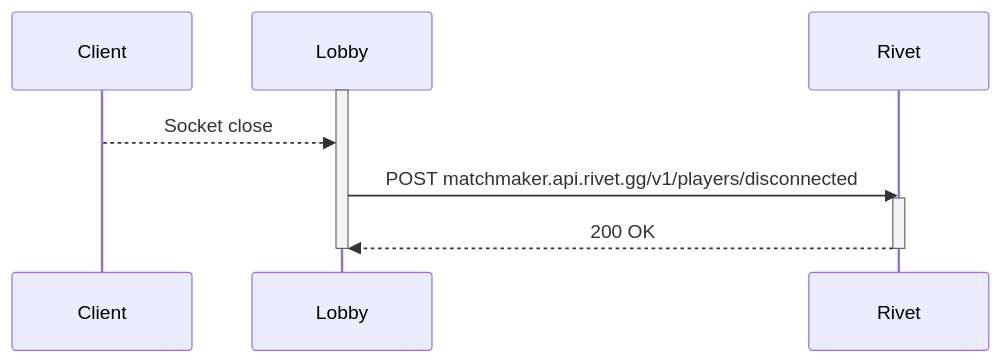
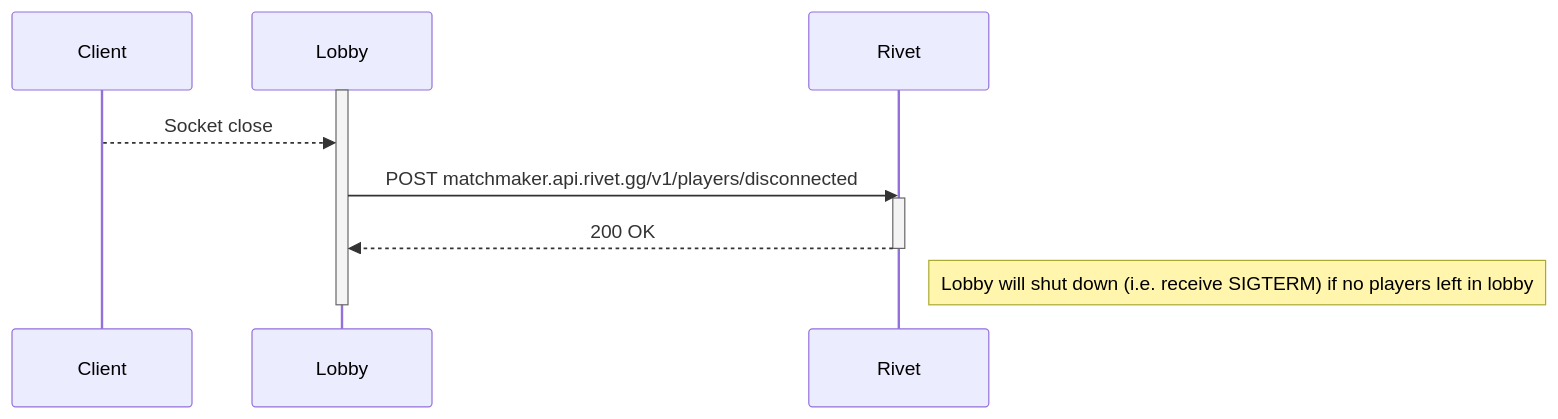
The second of 2 diagrams in docs/concepts/matchmaker/flow.md (roa-beep/docs), drawn with Mermaid before and after one commit. The commit also changed other lines of this file, not shown here.

Commit message:
Add more info to lobby flow

````diff
--- a/docs/concepts/matchmaker/flow.md
+++ b/docs/concepts/matchmaker/flow.md
@@ -43,17 +52,19 @@
 ```mermaid
 sequenceDiagram
 
 participant C as Client
 participant L as Lobby
 participant R as Rivet
 
 activate L
 C-->>L: Socket close
 
 L->>R: POST matchmaker.api.rivet.gg/v1/players/disconnected
 activate R
 R-->>L: 200 OK
 deactivate R
 
+note right of R: Lobby will shut down (i.e. receive SIGTERM) if no players left in lobby
+
 deactivate L
 ```
````
